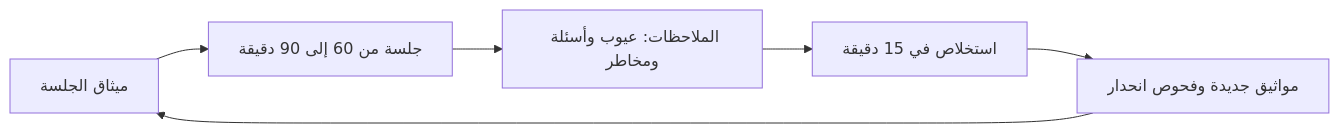
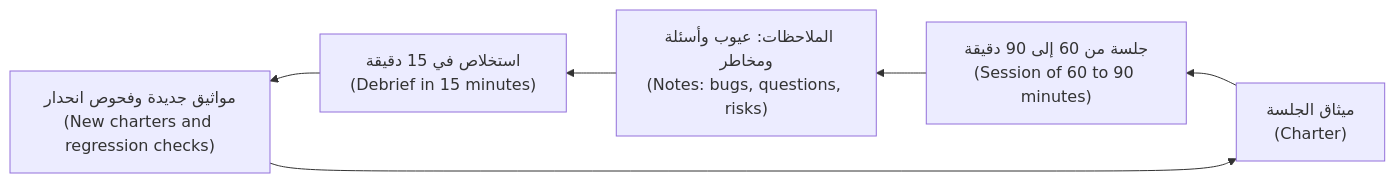
Before and after one commit to Tamoura/system-design-for-vibe-coders: the second of 2 diagrams in testing/modules/05-strategy.ar.md, drawn with Mermaid. The commit also changed other lines of this file and 39 other files, not shown here.

````diff
--- a/testing/modules/05-strategy.ar.md
+++ b/testing/modules/05-strategy.ar.md
@@ -718,8 +718,8 @@
 ```mermaid
-flowchart LR
-    A["ميثاق الجلسة"] --> B["جلسة من 60 إلى 90 دقيقة"]
-    B --> C["الملاحظات: عيوب وأسئلة ومخاطر"]
-    C --> D["استخلاص في 15 دقيقة"]
-    D --> E["مواثيق جديدة وفحوص انحدار"]
+flowchart RL
+    A["ميثاق الجلسة<br/>(Charter)"] --> B["جلسة من 60 إلى 90 دقيقة<br/>(Session of 60 to 90 minutes)"]
+    B --> C["الملاحظات: عيوب وأسئلة ومخاطر<br/>(Notes: bugs, questions, risks)"]
+    C --> D["استخلاص في 15 دقيقة<br/>(Debrief in 15 minutes)"]
+    D --> E["مواثيق جديدة وفحوص انحدار<br/>(New charters and regression checks)"]
     E --> A
 ```
````
